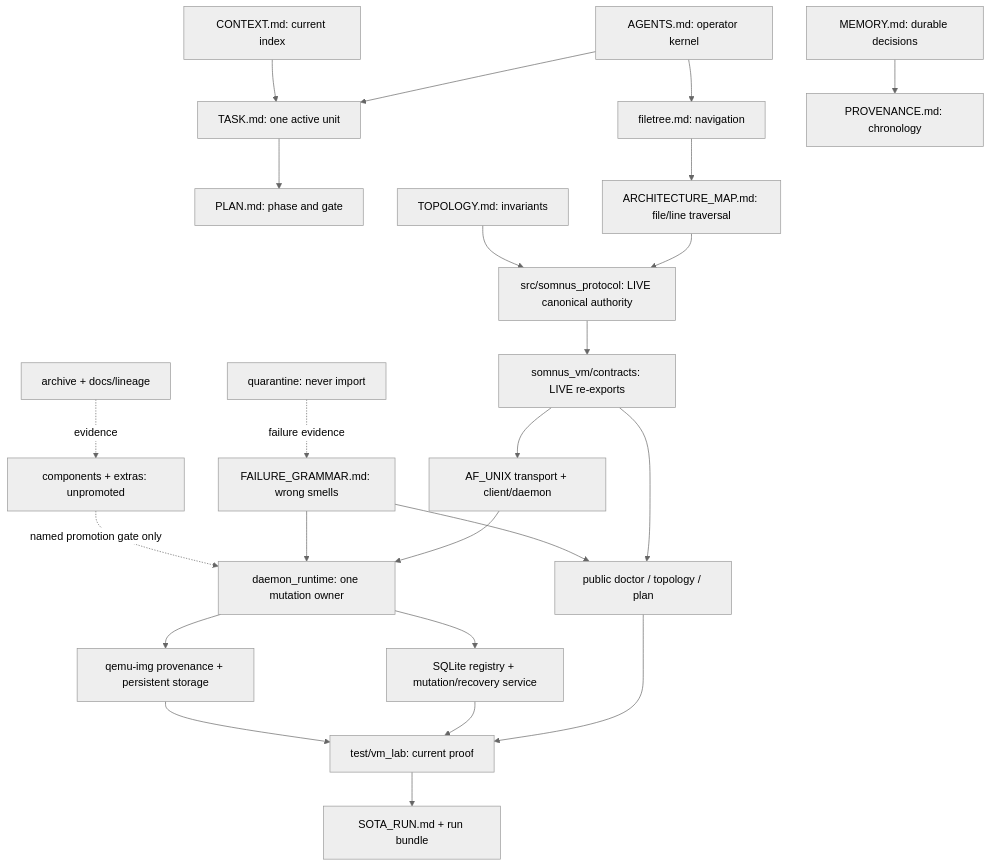
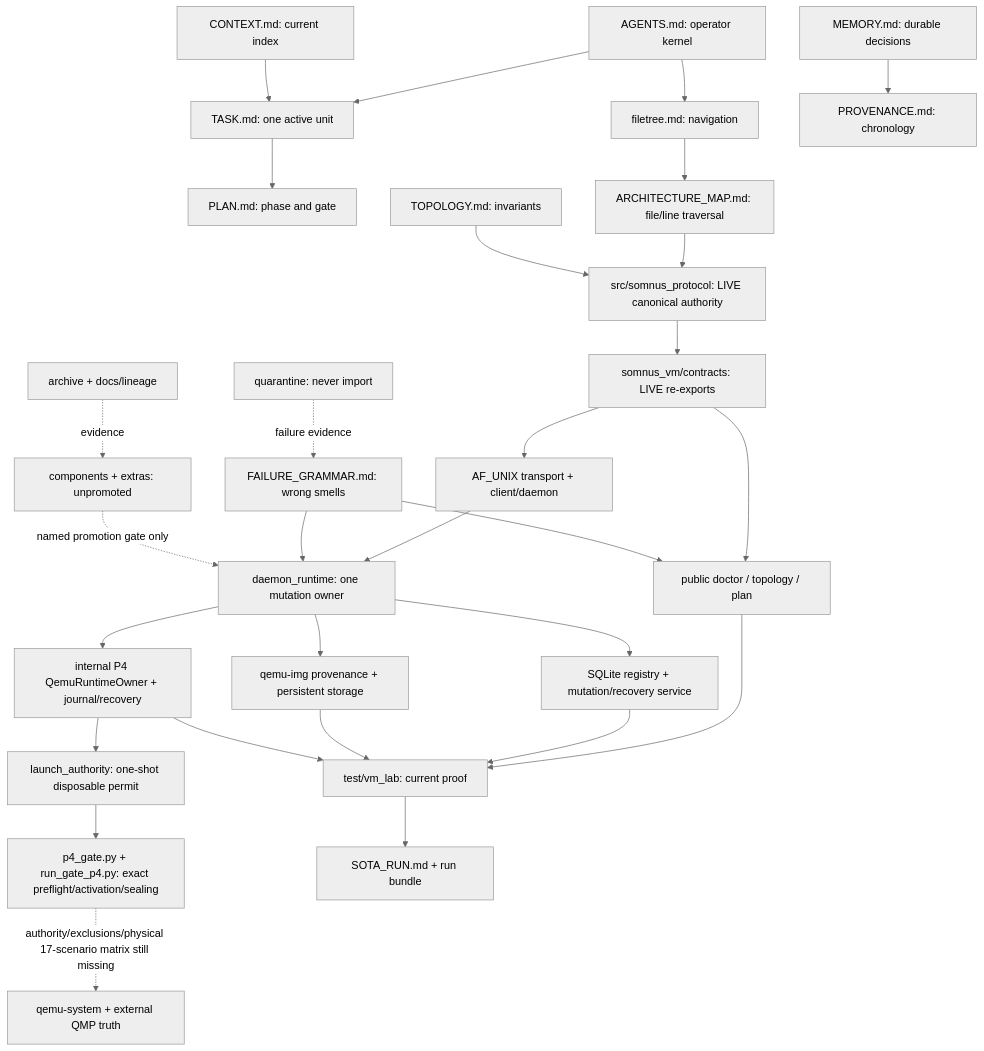
One commit to calisweetleaf/vm-lab changed the diagram in filetree.md. Above: the diagram before and after it, drawn with Mermaid (neutral theme). The commit also changed other lines of this file and 62 other files, not shown here.

````diff
--- a/filetree.md
+++ b/filetree.md
@@ -36,26 +39,31 @@
 ```mermaid
 flowchart TD
     A["AGENTS.md: operator kernel"] --> T["TASK.md: one active unit"]
     T --> P["PLAN.md: phase and gate"]
     A --> F["filetree.md: navigation"]
     F --> M["ARCHITECTURE_MAP.md: file/line traversal"]
     M --> PROTO["src/somnus_protocol: LIVE canonical authority"]
     PROTO --> COMPAT["somnus_vm/contracts: LIVE re-exports"]
     COMPAT --> PUBLIC["public doctor / topology / plan"]
     COMPAT --> TRANSPORT["AF_UNIX transport + client/daemon"]
     TRANSPORT --> OWNER["daemon_runtime: one mutation owner"]
     OWNER --> REG["SQLite registry + mutation/recovery service"]
     OWNER --> STORE["qemu-img provenance + persistent storage"]
+    OWNER --> RUNTIME["internal P4 QemuRuntimeOwner + journal/recovery"]
+    RUNTIME --> AUTH["launch_authority: one-shot disposable permit"]
+    AUTH --> GATE["p4_gate.py + run_gate_p4.py: exact preflight/activation/sealing"]
+    GATE -. "authority/exclusions/physical 17-scenario matrix still missing" .-> QMP["qemu-system + external QMP truth"]
     PUBLIC --> TEST["test/vm_lab: current proof"]
     REG --> TEST
     STORE --> TEST
+    RUNTIME --> TEST
     TEST --> RUN["SOTA_RUN.md + run bundle"]
     TOPO["TOPOLOGY.md: invariants"] --> PROTO
     FAIL["FAILURE_GRAMMAR.md: wrong smells"] --> PUBLIC
     FAIL --> OWNER
     CTX["CONTEXT.md: current index"] --> T
     MEM["MEMORY.md: durable decisions"] --> PROV["PROVENANCE.md: chronology"]
     CAND["components + extras: unpromoted"] -. "named promotion gate only" .-> OWNER
     HIST["archive + docs/lineage"] -. "evidence" .-> CAND
     QUAR["quarantine: never import"] -. "failure evidence" .-> FAIL
 ```
````
